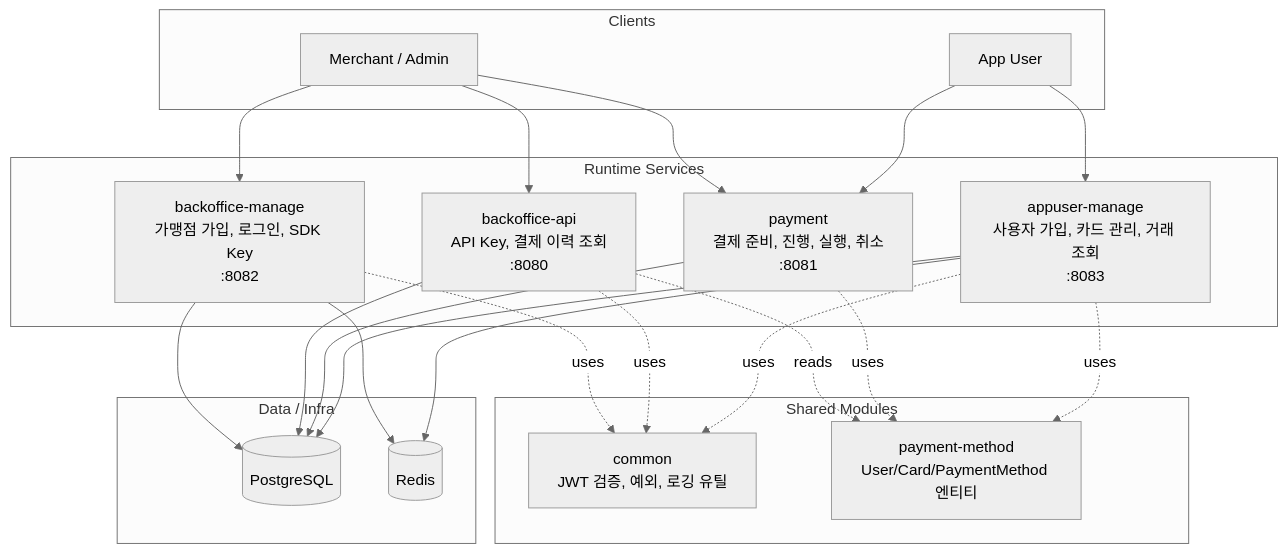
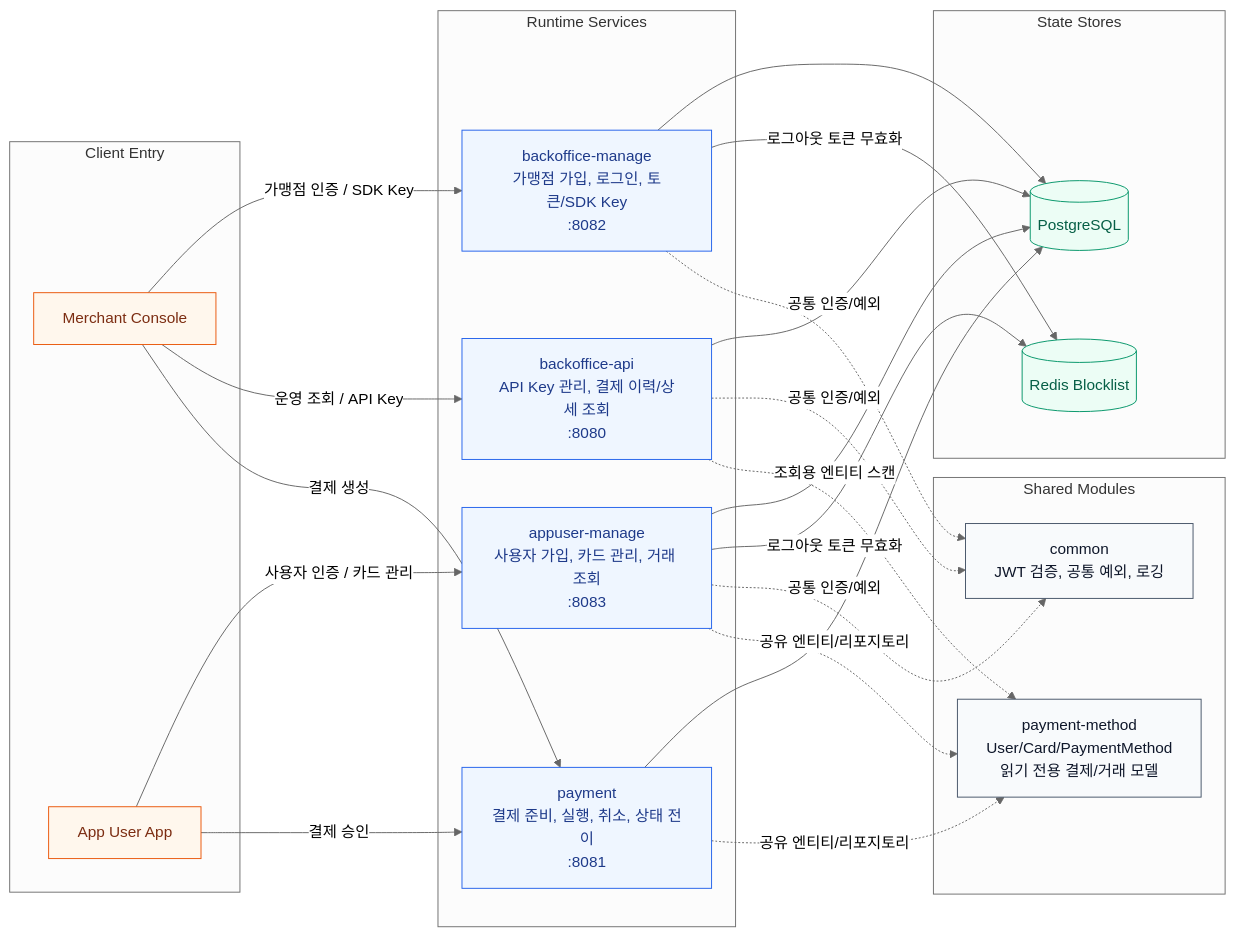
One commit to Acacian/fintech-BE changed the first of 3 diagrams in README.md. Above: the diagram before and after it, drawn with Mermaid (neutral theme). The commit also changed other lines of this file, not shown here.

Commit message:
docs(readme): 아키텍처 섹션을 구조 중심으로 고도화
루트 README의 아키텍처 섹션은 서비스 목록과 기본 다이어그램은 있었지만
현재 저장소가 가진 런타임 경계와 공유 모듈 결합 방식을 한 번에 보여주기에는
설명력이 다소 약했습니다.

- 런타임 뷰를 서비스, 공유 모듈, 상태 저장소 기준으로 다시 구성했습니다.
- 모듈 구성 뷰를 추가해 build-time 의존 구조를 시각화했습니다.
- Redis Blocklist, 공유 엔티티 스캔, 멀티모듈 모노레포 특성을 실제 구현 기준으로 정리했습니다.

````diff
--- a/README.md
+++ b/README.md
@@ -24,46 +30,56 @@
 ```mermaid
-flowchart TB
-    subgraph Client["Clients"]
-        Merchant["Merchant / Admin"]
-        User["App User"]
+flowchart LR
+    classDef client fill:#fff7ed,stroke:#ea580c,color:#7c2d12
+    classDef service fill:#eff6ff,stroke:#2563eb,color:#1e3a8a
+    classDef shared fill:#f8fafc,stroke:#475569,color:#0f172a
+    classDef data fill:#ecfdf5,stroke:#059669,color:#065f46
+
+    subgraph Client["Client Entry"]
+        Merchant["Merchant Console"]
+        User["App User App"]
     end
 
-    subgraph Service["Runtime Services"]
-        BM["backoffice-manage<br/>가맹점 가입, 로그인, SDK Key<br/>:8082"]
-        BA["backoffice-api<br/>API Key, 결제 이력 조회<br/>:8080"]
-        PY["payment<br/>결제 준비, 진행, 실행, 취소<br/>:8081"]
+    subgraph Runtime["Runtime Services"]
+        BM["backoffice-manage<br/>가맹점 가입, 로그인, 토큰/SDK Key<br/>:8082"]
         AU["appuser-manage<br/>사용자 가입, 카드 관리, 거래 조회<br/>:8083"]
+        PY["payment<br/>결제 준비, 실행, 취소, 상태 전이<br/>:8081"]
+        BA["backoffice-api<br/>API Key 관리, 결제 이력/상세 조회<br/>:8080"]
     end
 
     subgraph Shared["Shared Modules"]
-        CM["common<br/>JWT 검증, 예외, 로깅 유틸"]
-        PM["payment-method<br/>User/Card/PaymentMethod 엔티티"]
+        CM["common<br/>JWT 검증, 공통 예외, 로깅"]
+        PM["payment-method<br/>User/Card/PaymentMethod<br/>읽기 전용 결제/거래 모델"]
     end
 
-    subgraph Data["Data / Infra"]
+    subgraph Data["State Stores"]
         PG[("PostgreSQL")]
-        RD[("Redis")]
+        RD[("Redis Blocklist")]
     end
 
-    Merchant --> BM
-    Merchant --> BA
-    Merchant --> PY
-    User --> AU
-    User --> PY
+    Merchant -->|가맹점 인증 / SDK Key| BM
+    Merchant -->|운영 조회 / API Key| BA
+    Merchant -->|결제 생성| PY
+    User -->|사용자 인증 / 카드 관리| AU
+    User -->|결제 승인| PY
 
     BM --> PG
+    AU --> PG
+    PY --> PG
     BA --> PG
-    PY --> PG
-    AU --> PG
 
-    BM --> RD
-    AU --> RD
+    BM -->|로그아웃 토큰 무효화| RD
+    AU -->|로그아웃 토큰 무효화| RD
 
-    BM -. uses .-> CM
-    BA -. uses .-> CM
-    AU -. uses .-> CM
+    BM -. 공통 인증/예외 .-> CM
+    AU -. 공통 인증/예외 .-> CM
+    BA -. 공통 인증/예외 .-> CM
 
-    BA -. reads .-> PM
-    PY -. uses .-> PM
-    AU -. uses .-> PM
+    AU -. 공유 엔티티/리포지토리 .-> PM
+    PY -. 공유 엔티티/리포지토리 .-> PM
+    BA -. 조회용 엔티티 스캔 .-> PM
+
+    class Merchant,User client
+    class BM,AU,PY,BA service
+    class CM,PM shared
+    class PG,RD data
 ```
````
